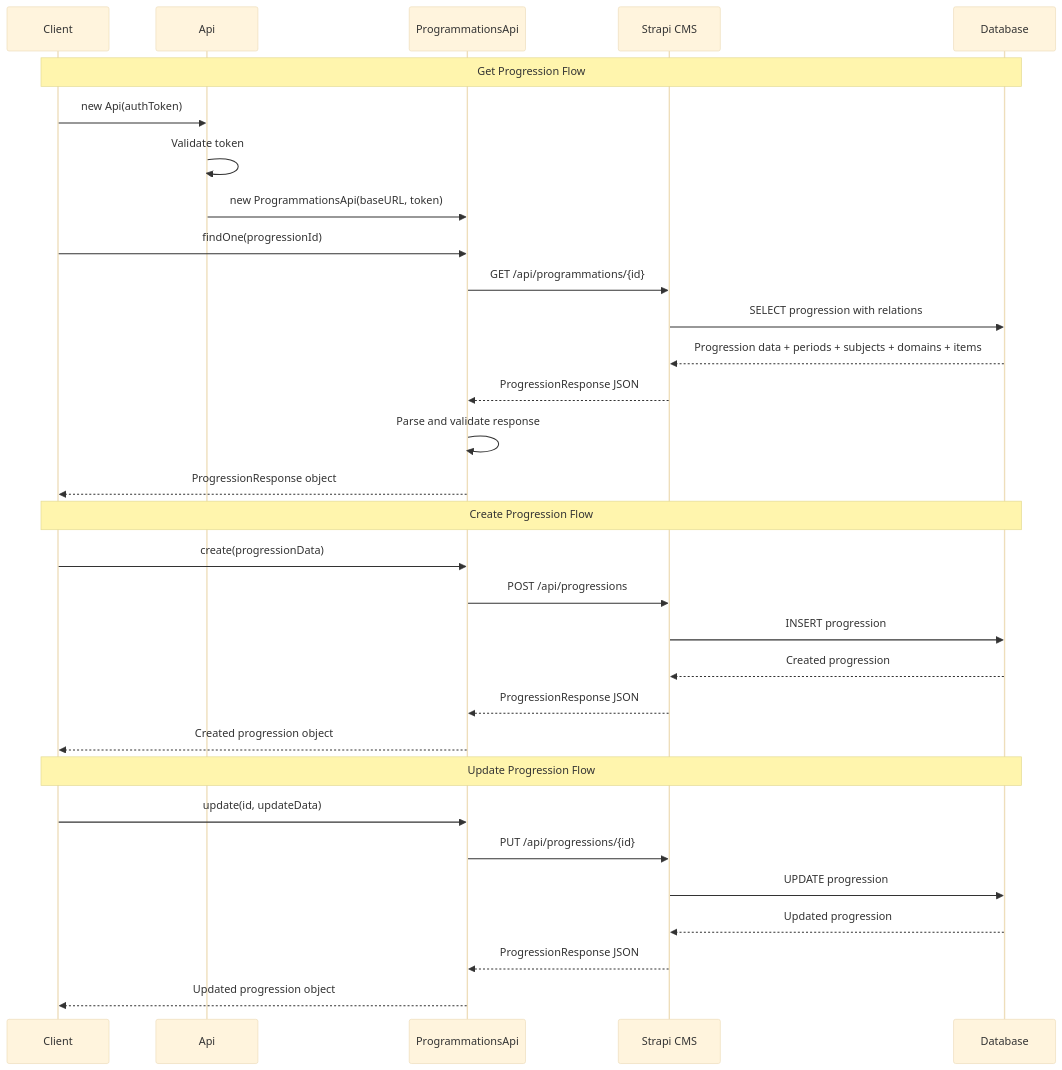
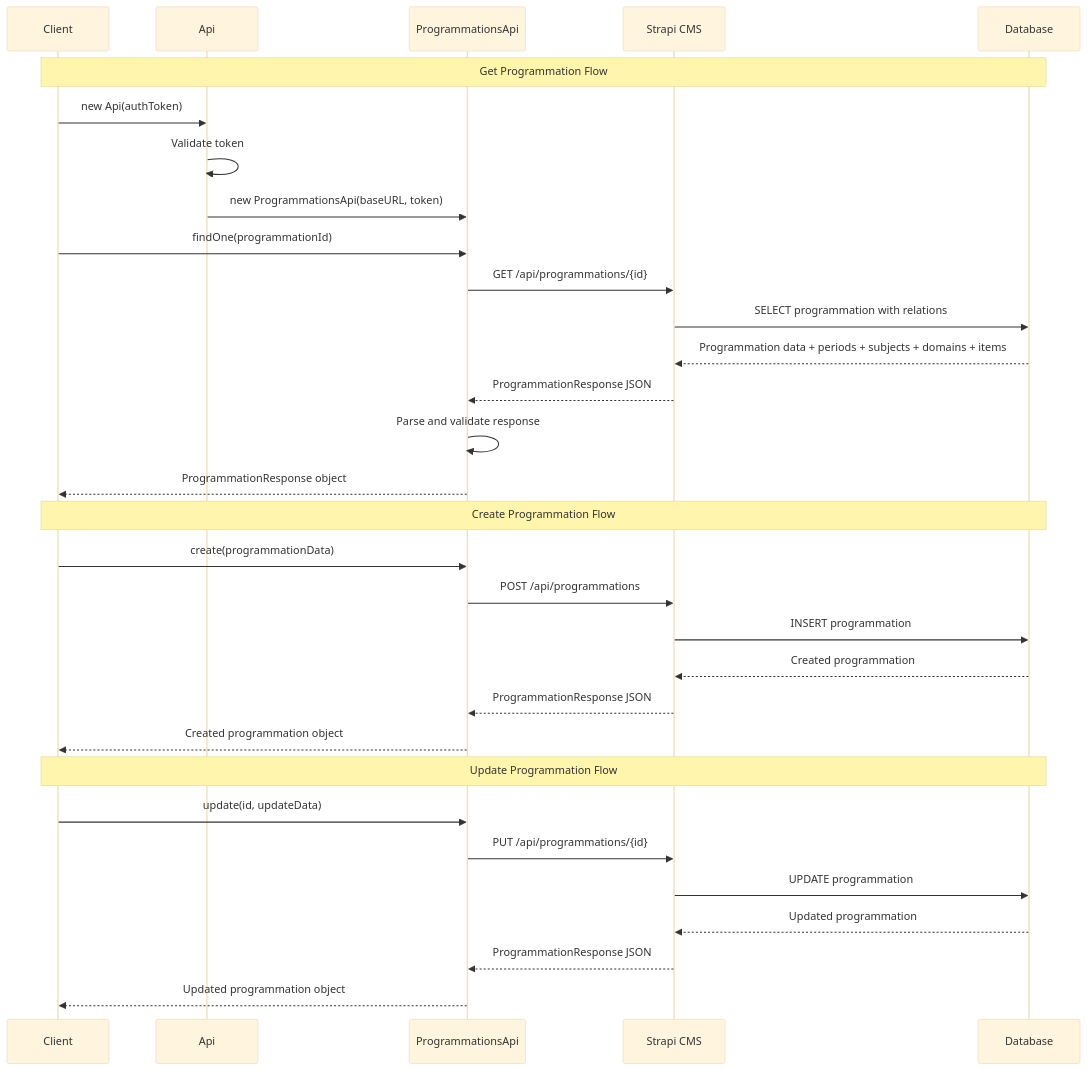
One commit to ghermet/teetsh-progression changed the diagram in docs/diagrams/03-api-sequence-diagram.mmd. Above: the diagram before and after it, drawn with Mermaid (base theme). The commit also changed 94 other files, not shown here.

Commit message:
chore: rename progression to programmation

```diff
--- a/docs/diagrams/03-api-sequence-diagram.mmd
+++ b/docs/diagrams/03-api-sequence-diagram.mmd
@@ -1,38 +1,38 @@
 sequenceDiagram
     participant C as Client
     participant A as Api
     participant P as ProgrammationsApi
     participant S as Strapi CMS
     participant DB as Database
 
-    Note over C,DB: Get Progression Flow
+    Note over C,DB: Get Programmation Flow
     
     C->>A: new Api(authToken)
     A->>A: Validate token
     A->>P: new ProgrammationsApi(baseURL, token)
     
-    C->>P: findOne(progressionId)
+    C->>P: findOne(programmationId)
     P->>S: GET /api/programmations/{id}
-    S->>DB: SELECT progression with relations
-    DB-->>S: Progression data + periods + subjects + domains + items
-    S-->>P: ProgressionResponse JSON
+    S->>DB: SELECT programmation with relations
+    DB-->>S: Programmation data + periods + subjects + domains + items
+    S-->>P: ProgrammationResponse JSON
     P->>P: Parse and validate response
-    P-->>C: ProgressionResponse object
+    P-->>C: ProgrammationResponse object
 
-    Note over C,DB: Create Progression Flow
+    Note over C,DB: Create Programmation Flow
     
-    C->>P: create(progressionData)
-    P->>S: POST /api/progressions
-    S->>DB: INSERT progression
-    DB-->>S: Created progression
-    S-->>P: ProgressionResponse JSON
-    P-->>C: Created progression object
+    C->>P: create(programmationData)
+    P->>S: POST /api/programmations
+    S->>DB: INSERT programmation
+    DB-->>S: Created programmation
+    S-->>P: ProgrammationResponse JSON
+    P-->>C: Created programmation object
 
-    Note over C,DB: Update Progression Flow
+    Note over C,DB: Update Programmation Flow
     
     C->>P: update(id, updateData)
-    P->>S: PUT /api/progressions/{id}
-    S->>DB: UPDATE progression
-    DB-->>S: Updated progression
-    S-->>P: ProgressionResponse JSON
-    P-->>C: Updated progression object
+    P->>S: PUT /api/programmations/{id}
+    S->>DB: UPDATE programmation
+    DB-->>S: Updated programmation
+    S-->>P: ProgrammationResponse JSON
+    P-->>C: Updated programmation object
```
